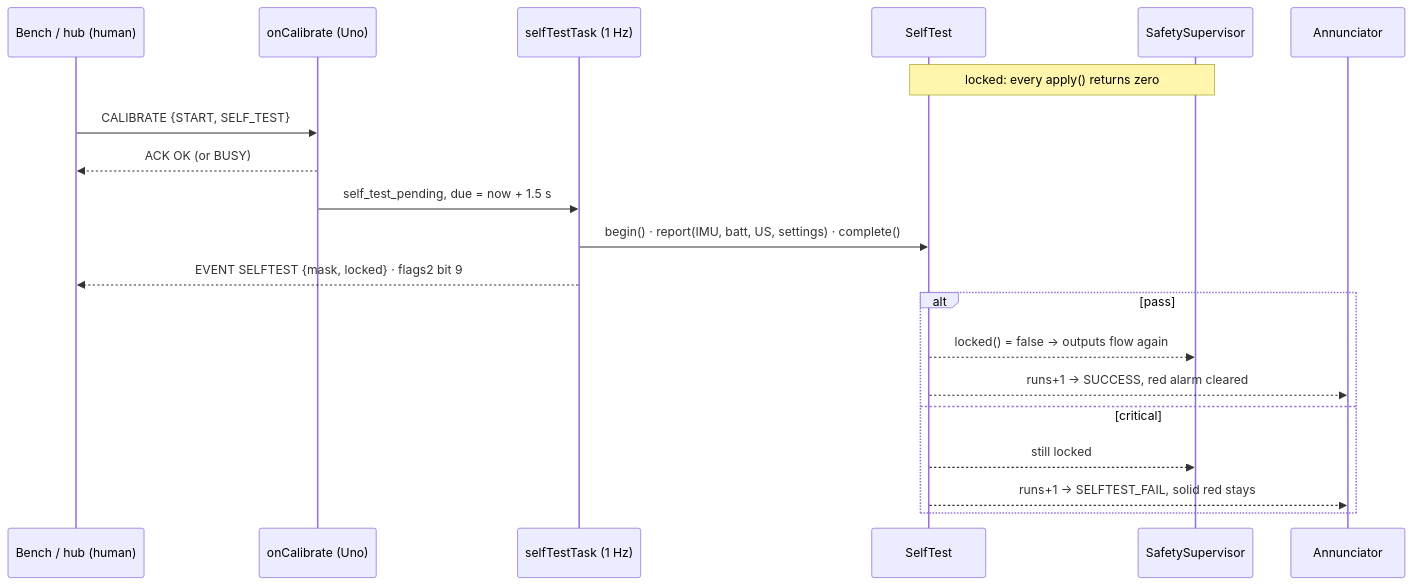
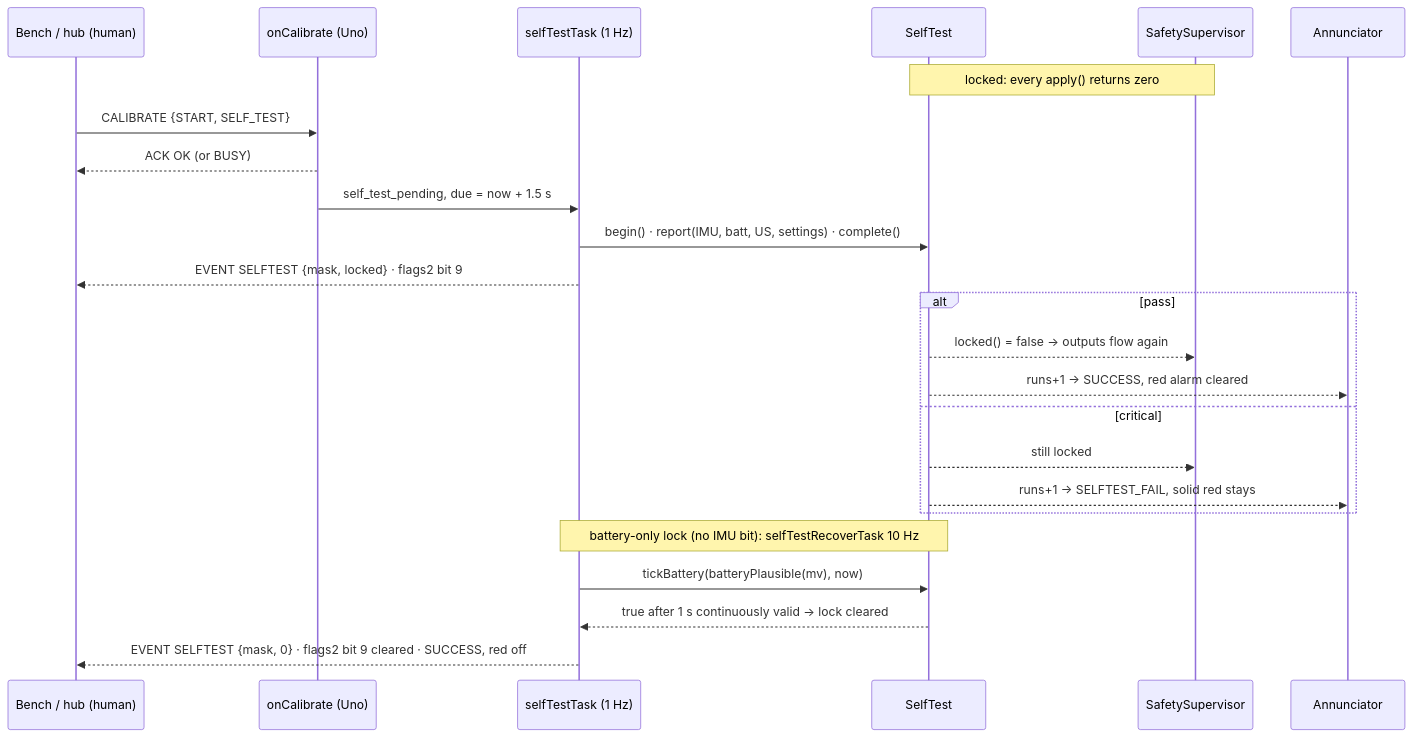
One commit to mannuray/conqueror changed diagram 30 of 32 in docs/lld/uno-firmware-lld.md. Above: the diagram before and after it, drawn with Mermaid. The commit also changed other lines of this file and 3 other files, not shown here.

Commit message:
docs(plan-b): battery-only self-test lock clears automatically

````diff
--- a/docs/lld/uno-firmware-lld.md
+++ b/docs/lld/uno-firmware-lld.md
@@ -1615,22 +1621,26 @@
 ```mermaid
 sequenceDiagram
     participant H as Bench / hub (human)
     participant R as onCalibrate (Uno)
     participant T as selfTestTask (1 Hz)
     participant S as SelfTest
     participant P as SafetySupervisor
     participant U as Annunciator
     Note over S,P: locked: every apply() returns zero
     H->>R: CALIBRATE {START, SELF_TEST}
     R-->>H: ACK OK (or BUSY)
     R->>T: self_test_pending, due = now + 1.5 s
     T->>S: begin() · report(IMU, batt, US, settings) · complete()
     T-->>H: EVENT SELFTEST {mask, locked} · flags2 bit 9
     alt pass
         S-->>P: locked() = false → outputs flow again
         S-->>U: runs+1 → SUCCESS, red alarm cleared
     else critical
         S-->>P: still locked
         S-->>U: runs+1 → SELFTEST_FAIL, solid red stays
     end
+    Note over T,S: battery-only lock (no IMU bit): selfTestRecoverTask 10 Hz
+    T->>S: tickBattery(batteryPlausible(mv), now)
+    S-->>T: true after 1 s continuously valid → lock cleared
+    T-->>H: EVENT SELFTEST {mask, 0} · flags2 bit 9 cleared · SUCCESS, red off
 ```
````
